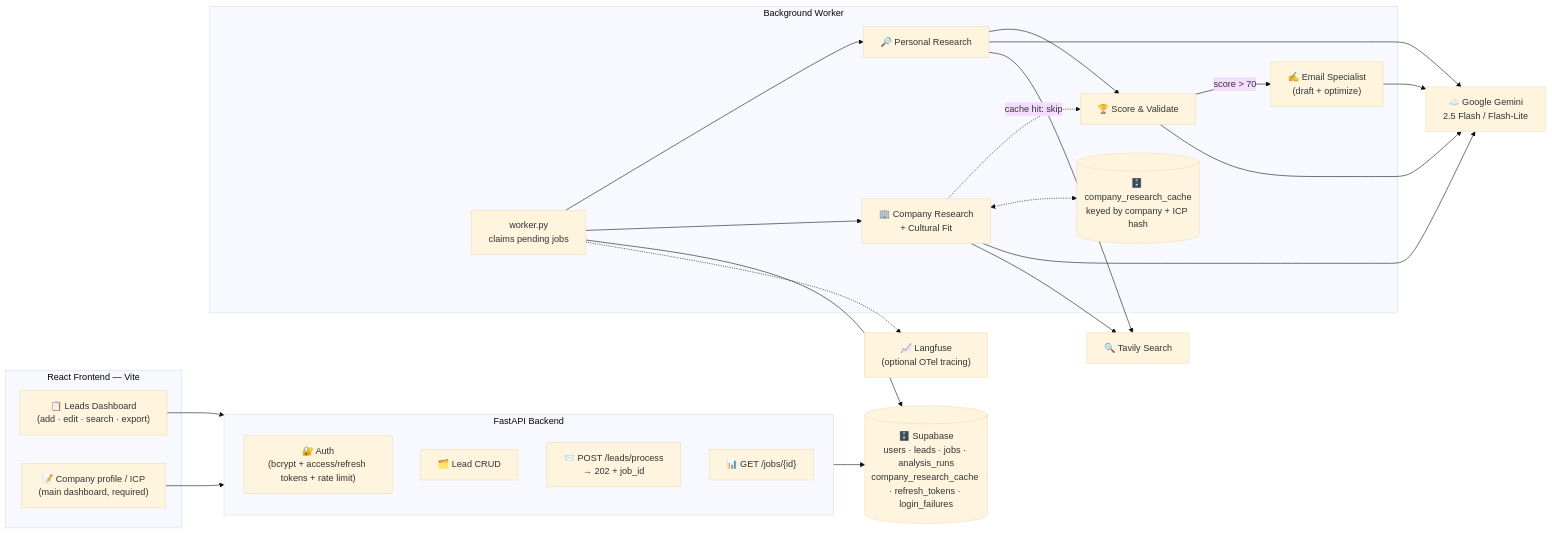
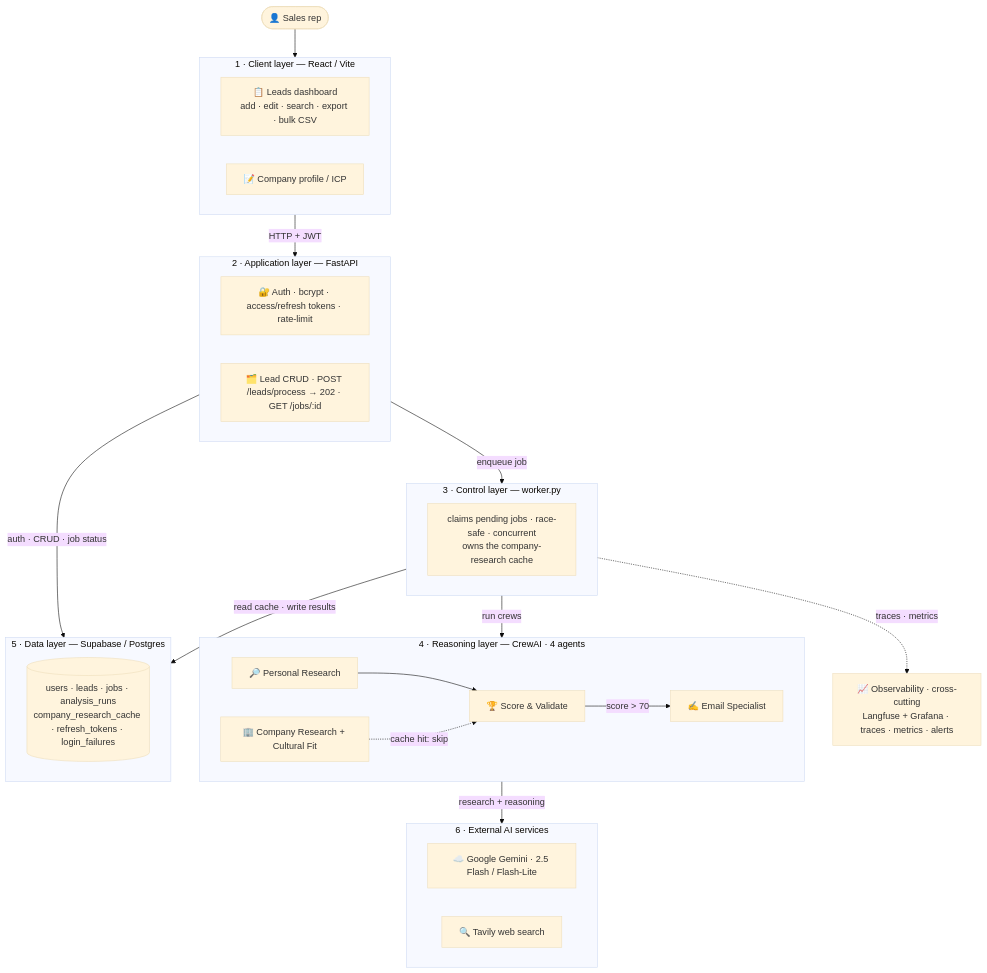
Before and after one commit to VIVPM/multi-crew-leads-dashboard: the diagram in README.md, drawn with Mermaid (base theme). The commit also changed other lines of this file, not shown here.

Commit message:
Redraw the architecture diagram as labeled layers
The old diagram was left-to-right with every agent drawing its own arrow
to Gemini, Tavily, and Supabase — roughly 20 edges crossing each other,
hard to follow.

Now it's a top-down stack of six named layers (Client, Application,
Control, Reasoning, Data, External AI) with Observability as a
cross-cutting concern off to the side. Arrows are hand-offs between
layers, so a shared service is reached once per layer instead of once per
agent: ~20 edges down to 11, and the only arrows left inside a layer are
the three that carry real logic (research to score to email, plus the
cache-hit skip). Rendered to confirm it's valid before committing.

````diff
--- a/README.md
+++ b/README.md
@@ -31,37 +33,44 @@
 ```mermaid
-graph LR
-    subgraph FE [React Frontend — Vite]
-        UI["📋 Leads Dashboard<br>(add · edit · search · export)"]
-        ICP["📝 Company profile / ICP<br>(main dashboard, required)"]
+graph TD
+    User(["👤 Sales rep"])
+
+    subgraph CLIENT ["1 · Client layer — React / Vite"]
+        UI["📋 Leads dashboard<br>add · edit · search · export · bulk CSV"]
+        ICP["📝 Company profile / ICP"]
     end
 
-    subgraph API [FastAPI Backend]
-        Auth["🔐 Auth<br>(bcrypt + access/refresh tokens + rate limit)"]
-        CRUD["🗂️ Lead CRUD"]
-        Enq["📨 POST /leads/process<br>→ 202 + job_id"]
-        Jobs["📊 GET /jobs/{id}"]
+    subgraph APP ["2 · Application layer — FastAPI"]
+        Auth["🔐 Auth · bcrypt · access/refresh tokens · rate-limit"]
+        REST["🗂️ Lead CRUD · POST /leads/process → 202 · GET /jobs/:id"]
     end
 
-    subgraph Worker [Background Worker]
-        W["worker.py<br>claims pending jobs"]
-        A1["🔎 Personal Research"] --> A3
-        A2["🏢 Company Research<br>+ Cultural Fit"] -.->|cache hit: skip| A3["🏆 Score & Validate"]
-        Cache[("🗄️ company_research_cache<br>keyed by company + ICP hash")]
-        A2 <-.-> Cache
-        A3 -->|score > 70| E1["✍️ Email Specialist<br>(draft + optimize)"]
-        W --> A1 & A2
+    subgraph CTRL ["3 · Control layer — worker.py"]
+        Claim["claims pending jobs · race-safe · concurrent<br>owns the company-research cache"]
     end
 
-    DB[("🗄️ Supabase<br>users · leads · jobs · analysis_runs<br>company_research_cache · refresh_tokens · login_failures")]
-    LLM["☁️ Google Gemini<br>2.5 Flash / Flash-Lite"]
-    Tavily["🔍 Tavily Search"]
-    Trace["📈 Langfuse<br>(optional OTel tracing)"]
+    subgraph AI ["4 · Reasoning layer — CrewAI · 4 agents"]
+        A1["🔎 Personal Research"] --> A3["🏆 Score &amp; Validate"]
+        A2["🏢 Company Research + Cultural Fit"] -.->|cache hit: skip| A3
+        A3 -->|score &gt; 70| E1["✍️ Email Specialist"]
+    end
 
-    UI --> API
-    ICP --> API
-    API --> DB
-    W --> DB
-    A1 & A2 & A3 & E1 --> LLM
-    A1 & A2 --> Tavily
-    W -.-> Trace
+    subgraph DATA ["5 · Data layer — Supabase / Postgres"]
+        Tbls[("users · leads · jobs · analysis_runs<br>company_research_cache · refresh_tokens · login_failures")]
+    end
+
+    subgraph EXT ["6 · External AI services"]
+        LLM["☁️ Google Gemini · 2.5 Flash / Flash-Lite"]
+        Tavily["🔍 Tavily web search"]
+    end
+
+    OBS["📈 Observability · cross-cutting<br>Langfuse + Grafana · traces · metrics · alerts"]
+
+    User --> CLIENT
+    CLIENT -->|HTTP + JWT| APP
+    APP -->|auth · CRUD · job status| DATA
+    APP -->|enqueue job| CTRL
+    CTRL -->|run crews| AI
+    AI -->|research + reasoning| EXT
+    CTRL -->|read cache · write results| DATA
+    CTRL -.->|traces · metrics| OBS
 ```
````
